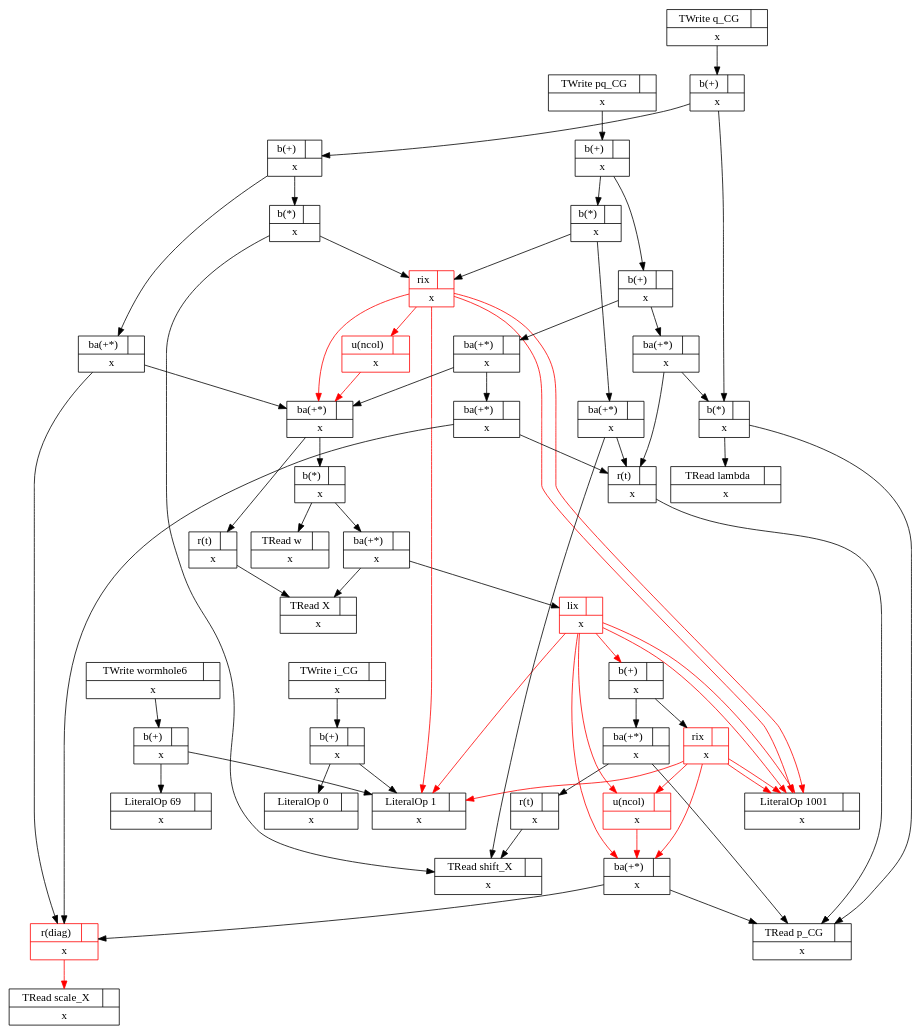
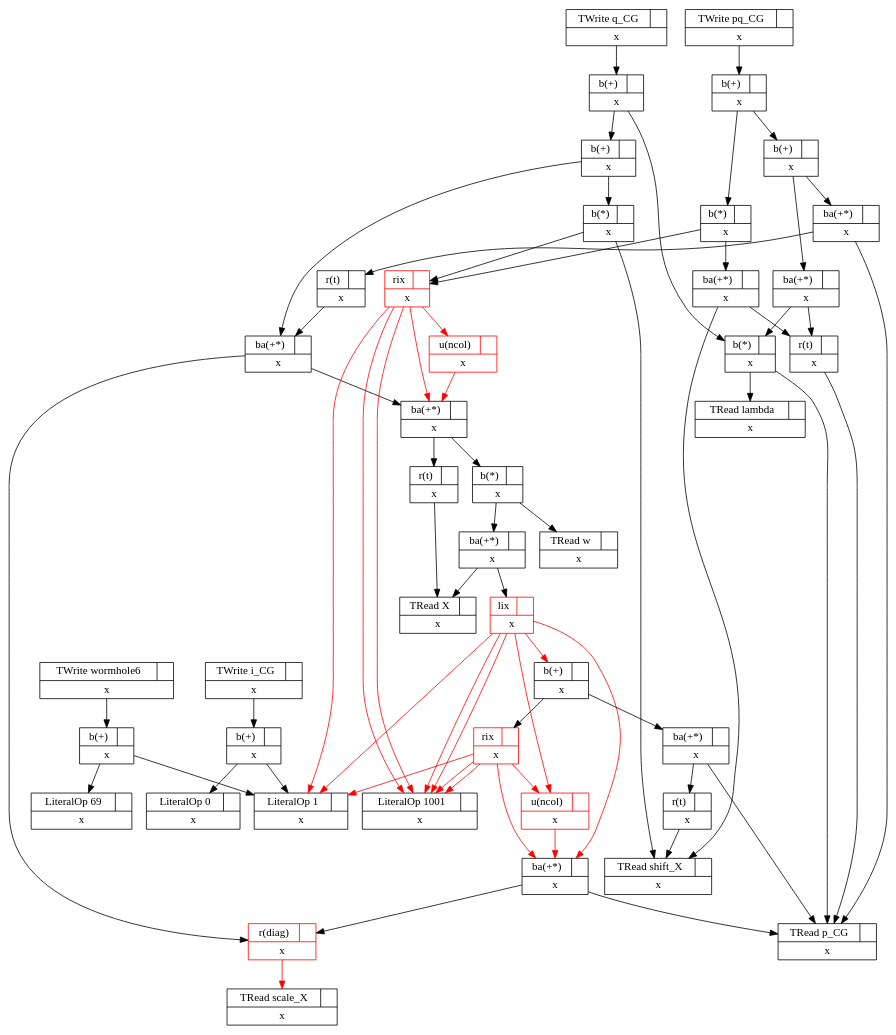
Before and after one commit to wormhole-optimization/warp: the diagram in temp.dot, drawn with Graphviz. The commit also changed 4 other files, not shown here.

```diff
--- a/temp.dot
+++ b/temp.dot
@@ -1,111 +1,110 @@
 digraph graphname {
 1 [shape=record label="{{LiteralOp 1 |  } | x}" color="black"];
 3 [shape=record label="{{LiteralOp 69 |  } | x}" color="black"];
 4 [shape=record label="{{b(+) |  } | x}" color="black"];
 4->1 [color="black"];
 4->3 [color="black"];
 5 [shape=record label="{{TWrite wormhole6 |  } | x}" color="black"];
 5->4 [color="black"];
 7 [shape=record label="{{LiteralOp 0 |  } | x}" color="black"];
 8 [shape=record label="{{b(+) |  } | x}" color="black"];
 8->1 [color="black"];
 8->7 [color="black"];
 9 [shape=record label="{{TWrite i_CG |  } | x}" color="black"];
 9->8 [color="black"];
 13 [shape=record label="{{TRead scale_X |  } | x}" color="black"];
 14 [shape=record label="{{r(diag) |  } | x}" color="red"];
 14->13 [color="red"];
 18 [shape=record label="{{TRead X |  } | x}" color="black"];
 19 [shape=record label="{{r(t) |  } | x}" color="black"];
 19->18 [color="black"];
 22 [shape=record label="{{TRead p_CG |  } | x}" color="black"];
 23 [shape=record label="{{ba(+*) |  } | x}" color="black"];
 23->14 [color="black"];
 23->22 [color="black"];
 26 [shape=record label="{{TRead shift_X |  } | x}" color="black"];
 27 [shape=record label="{{r(t) |  } | x}" color="black"];
 27->26 [color="black"];
 28 [shape=record label="{{ba(+*) |  } | x}" color="black"];
 28->27 [color="black"];
 28->22 [color="black"];
 30 [shape=record label="{{LiteralOp 1001 |  } | x}" color="black"];
 32 [shape=record label="{{u(ncol) |  } | x}" color="red"];
 32->23 [color="red"];
 33 [shape=record label="{{rix |  } | x}" color="red"];
 33->23 [color="red"];
 33->30 [color="red"];
 33->30 [color="red"];
 33->1 [color="red"];
 33->32 [color="red"];
 34 [shape=record label="{{b(+) |  } | x}" color="black"];
 34->28 [color="black"];
 34->33 [color="black"];
 35 [shape=record label="{{lix |  } | x}" color="red"];
 35->23 [color="red"];
 35->34 [color="red"];
 35->30 [color="red"];
 35->30 [color="red"];
 35->1 [color="red"];
 35->32 [color="red"];
 36 [shape=record label="{{ba(+*) |  } | x}" color="black"];
 36->18 [color="black"];
 36->35 [color="black"];
 38 [shape=record label="{{TRead w |  } | x}" color="black"];
 39 [shape=record label="{{b(*) |  } | x}" color="black"];
 39->36 [color="black"];
 39->38 [color="black"];
 40 [shape=record label="{{ba(+*) |  } | x}" color="black"];
 40->19 [color="black"];
 40->39 [color="black"];
 41 [shape=record label="{{ba(+*) |  } | x}" color="black"];
 41->14 [color="black"];
 41->40 [color="black"];
 42 [shape=record label="{{u(ncol) |  } | x}" color="red"];
 42->40 [color="red"];
 43 [shape=record label="{{rix |  } | x}" color="red"];
 43->40 [color="red"];
 43->30 [color="red"];
 43->30 [color="red"];
 43->1 [color="red"];
 43->42 [color="red"];
 44 [shape=record label="{{b(*) |  } | x}" color="black"];
 44->43 [color="black"];
 44->26 [color="black"];
 45 [shape=record label="{{b(+) |  } | x}" color="black"];
 45->41 [color="black"];
 45->44 [color="black"];
 47 [shape=record label="{{TRead lambda |  } | x}" color="black"];
 48 [shape=record label="{{b(*) |  } | x}" color="black"];
 48->22 [color="black"];
 48->47 [color="black"];
 49 [shape=record label="{{b(+) |  } | x}" color="black"];
 49->45 [color="black"];
 49->48 [color="black"];
 50 [shape=record label="{{TWrite q_CG |  } | x}" color="black"];
 50->49 [color="black"];
 51 [shape=record label="{{r(t) |  } | x}" color="black"];
 51->22 [color="black"];
 52 [shape=record label="{{ba(+*) |  } | x}" color="black"];
 52->51 [color="black"];
-52->26 [color="black"];
-53 [shape=record label="{{b(*) |  } | x}" color="black"];
-53->43 [color="black"];
-53->52 [color="black"];
+52->48 [color="black"];
+53 [shape=record label="{{r(t) |  } | x}" color="black"];
+53->41 [color="black"];
 54 [shape=record label="{{ba(+*) |  } | x}" color="black"];
-54->51 [color="black"];
-54->48 [color="black"];
-55 [shape=record label="{{ba(+*) |  } | x}" color="black"];
-55->51 [color="black"];
-55->14 [color="black"];
+54->53 [color="black"];
+54->22 [color="black"];
+55 [shape=record label="{{b(+) |  } | x}" color="black"];
+55->52 [color="black"];
+55->54 [color="black"];
 56 [shape=record label="{{ba(+*) |  } | x}" color="black"];
-56->55 [color="black"];
-56->40 [color="black"];
-57 [shape=record label="{{b(+) |  } | x}" color="black"];
-57->54 [color="black"];
+56->51 [color="black"];
+56->26 [color="black"];
+57 [shape=record label="{{b(*) |  } | x}" color="black"];
+57->43 [color="black"];
 57->56 [color="black"];
 58 [shape=record label="{{b(+) |  } | x}" color="black"];
-58->53 [color="black"];
+58->55 [color="black"];
 58->57 [color="black"];
 59 [shape=record label="{{TWrite pq_CG |  } | x}" color="black"];
 59->58 [color="black"];
 }
```
